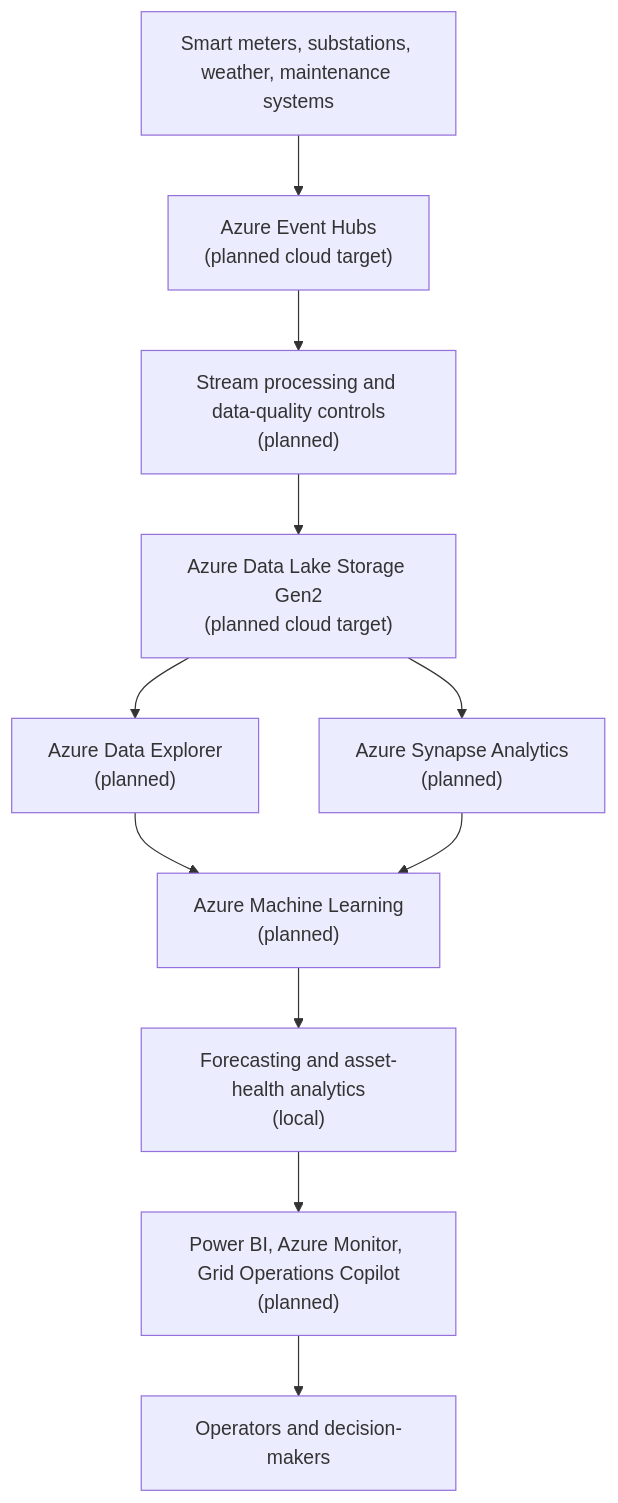
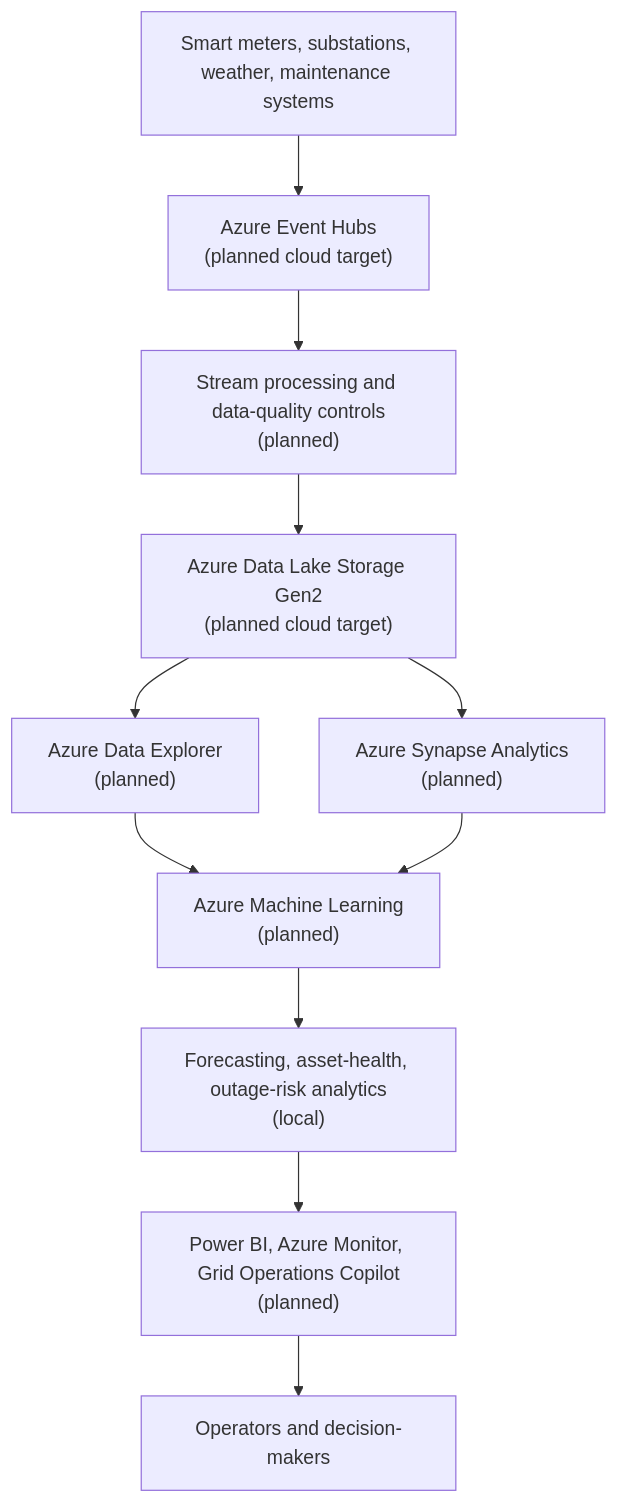
One commit to Ibraheemolasupogit/azure-grid-reliability-intelligence-platform changed the diagram in README.md. Above: the diagram before and after it, drawn with Mermaid. The commit also changed other lines of this file and 39 other files, not shown here.

Commit message:
Add leakage-safe outage risk prediction

````diff
--- a/README.md
+++ b/README.md
@@ -27,20 +28,20 @@
 ```mermaid
 flowchart TD
     sources["Smart meters, substations, weather, maintenance systems"]
     event_hubs["Azure Event Hubs<br/>(planned cloud target)"]
     stream["Stream processing and data-quality controls<br/>(planned)"]
     lake["Azure Data Lake Storage Gen2<br/>(planned cloud target)"]
     adx["Azure Data Explorer<br/>(planned)"]
     synapse["Azure Synapse Analytics<br/>(planned)"]
     aml["Azure Machine Learning<br/>(planned)"]
-    intelligence["Forecasting and asset-health analytics<br/>(local)"]
+    intelligence["Forecasting, asset-health, outage-risk analytics<br/>(local)"]
     operations["Power BI, Azure Monitor, Grid Operations Copilot<br/>(planned)"]
     users["Operators and decision-makers"]
 
     sources --> event_hubs --> stream --> lake
     lake --> adx
     lake --> synapse
     adx --> aml
     synapse --> aml
     aml --> intelligence --> operations --> users
 ```
````
